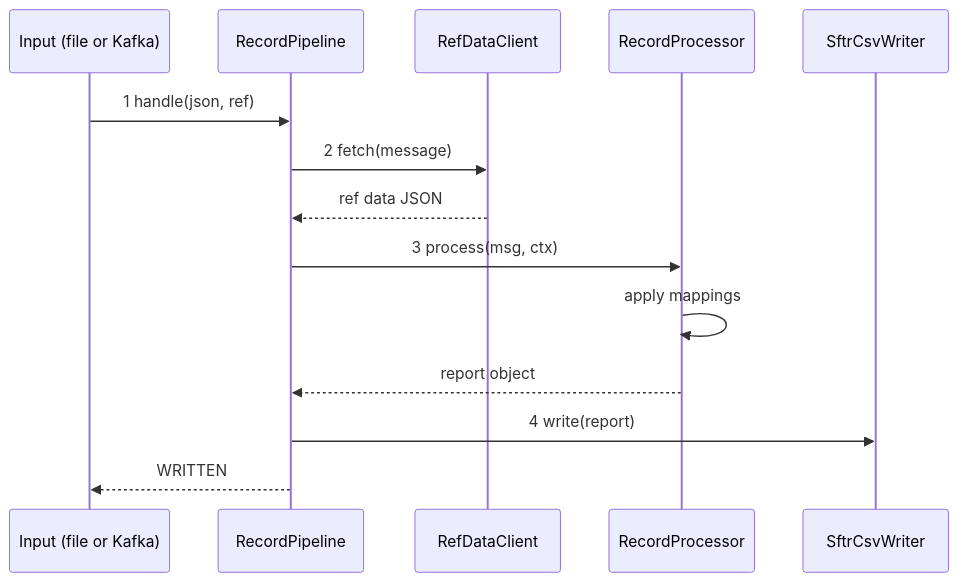
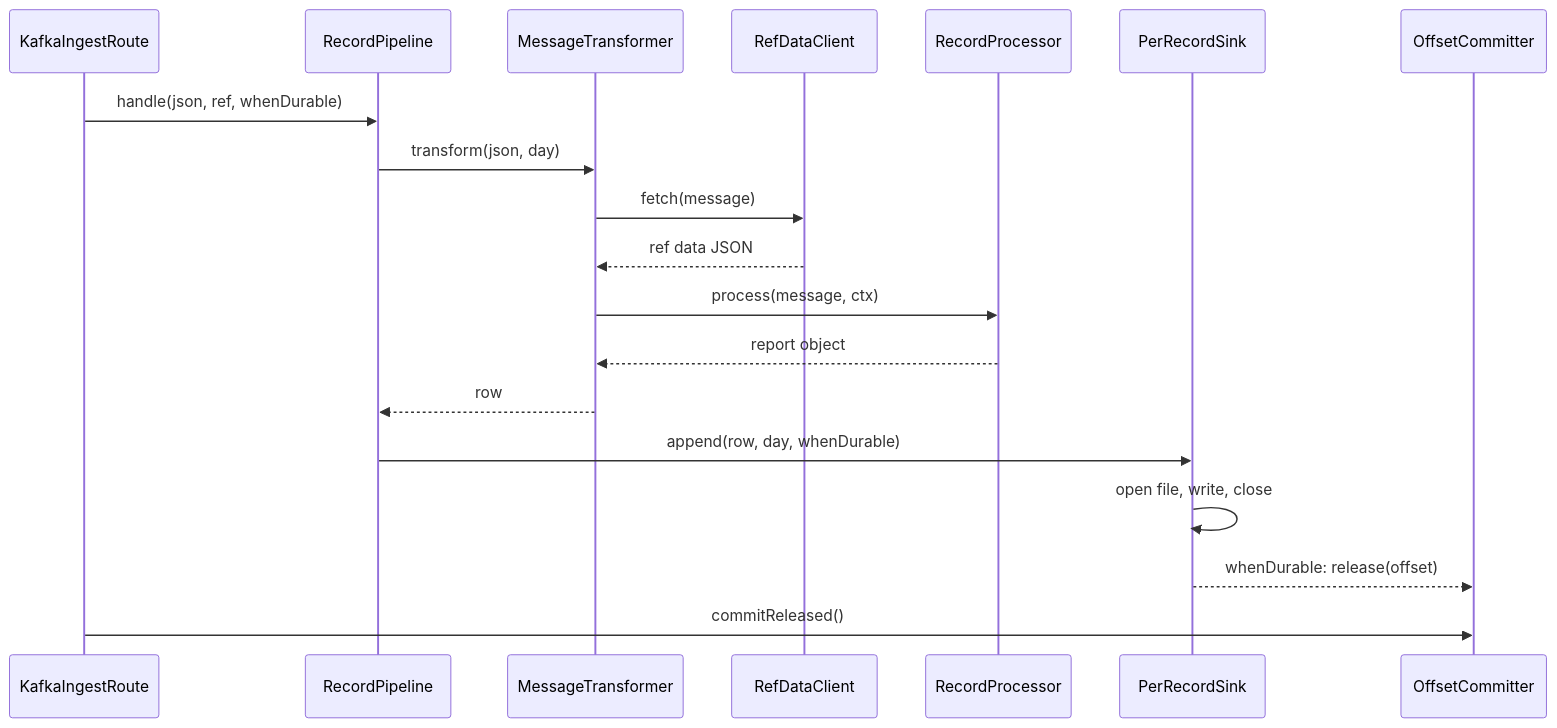
One commit to shanregs/msg-transformer changed the sixth of 9 diagrams in docs/c4-architecture.md. Above: the diagram before and after it, drawn with Mermaid. The commit also changed other lines of this file and 1 other file, not shown here.

Commit message:
Update flow guide and C4 diagrams to the Camel route, write modes and daily files

````diff
--- a/docs/c4-architecture.md
+++ b/docs/c4-architecture.md
@@ -127,17 +228,22 @@
 ```mermaid
 sequenceDiagram
-    participant In as Input (file or Kafka)
+    participant In as KafkaIngestRoute
     participant P as RecordPipeline
+    participant T as MessageTransformer
     participant R as RefDataClient
     participant M as RecordProcessor
-    participant W as SftrCsvWriter
+    participant S as PerRecordSink
+    participant C as OffsetCommitter
 
-    In->>P: 1 handle(json, ref)
-    P->>R: 2 fetch(message)
-    R-->>P: ref data JSON
-    P->>M: 3 process(msg, ctx)
-    M->>M: apply mappings
-    M-->>P: report object
-    P->>W: 4 write(report)
-    P-->>In: WRITTEN
+    In->>P: handle(json, ref, whenDurable)
+    P->>T: transform(json, day)
+    T->>R: fetch(message)
+    R-->>T: ref data JSON
+    T->>M: process(message, ctx)
+    M-->>T: report object
+    T-->>P: row
+    P->>S: append(row, day, whenDurable)
+    S->>S: open file, write, close
+    S-->>C: whenDurable: release(offset)
+    In->>C: commitReleased()
 ```
````
